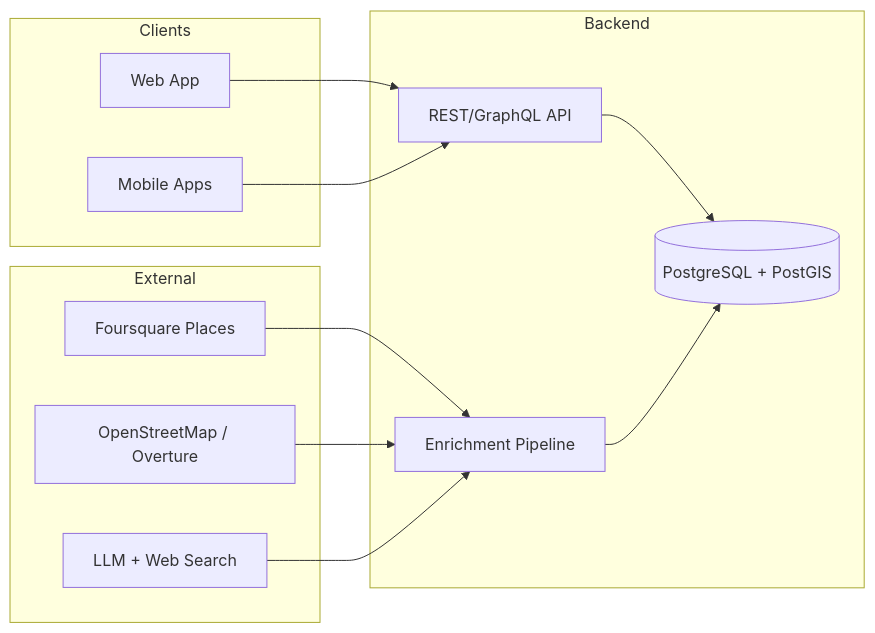
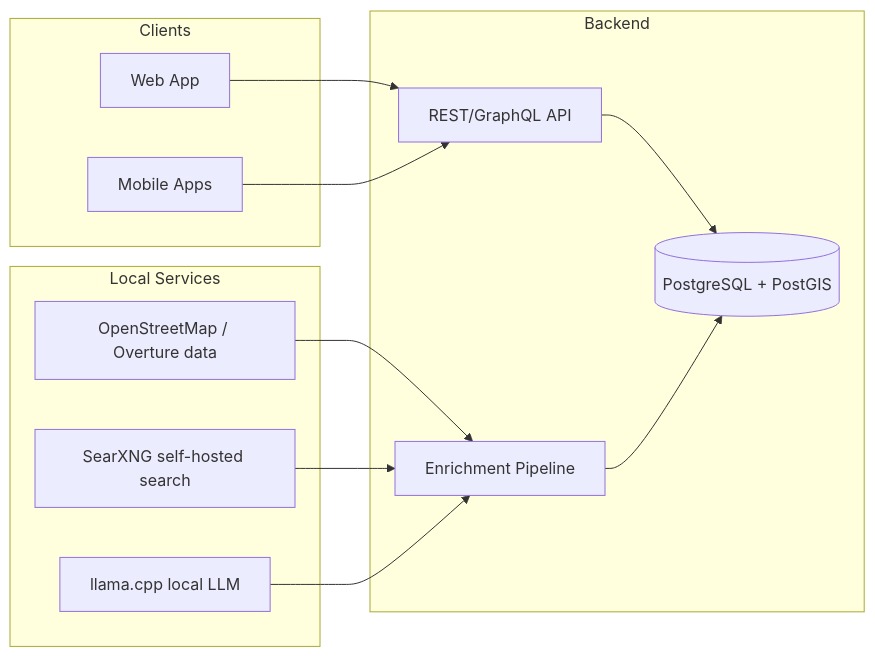
Before and after one commit to danielbsimpson/is-it-local: the diagram in README.md, drawn with Mermaid. The commit also changed other lines of this file and 10 other files, not shown here.

````diff
--- a/README.md
+++ b/README.md
@@ -76,29 +80,29 @@
 ```mermaid
 flowchart LR
     subgraph Clients
         Web[Web App]
         Mobile[Mobile Apps]
     end
 
     Web --> API
     Mobile --> API
 
     subgraph Backend
         API[REST/GraphQL API]
         Enrich[Enrichment Pipeline]
         DB[(PostgreSQL + PostGIS)]
     end
 
     API --> DB
     Enrich --> DB
 
-    subgraph External
-        FSQ[Foursquare Places]
-        OSM[OpenStreetMap / Overture]
-        LLM[LLM + Web Search]
+    subgraph Local Services
+        OSM[OpenStreetMap / Overture data]
+        SEARX[SearXNG self-hosted search]
+        LLM[llama.cpp local LLM]
     end
 
-    FSQ --> Enrich
     OSM --> Enrich
+    SEARX --> Enrich
     LLM --> Enrich
 ```
````
